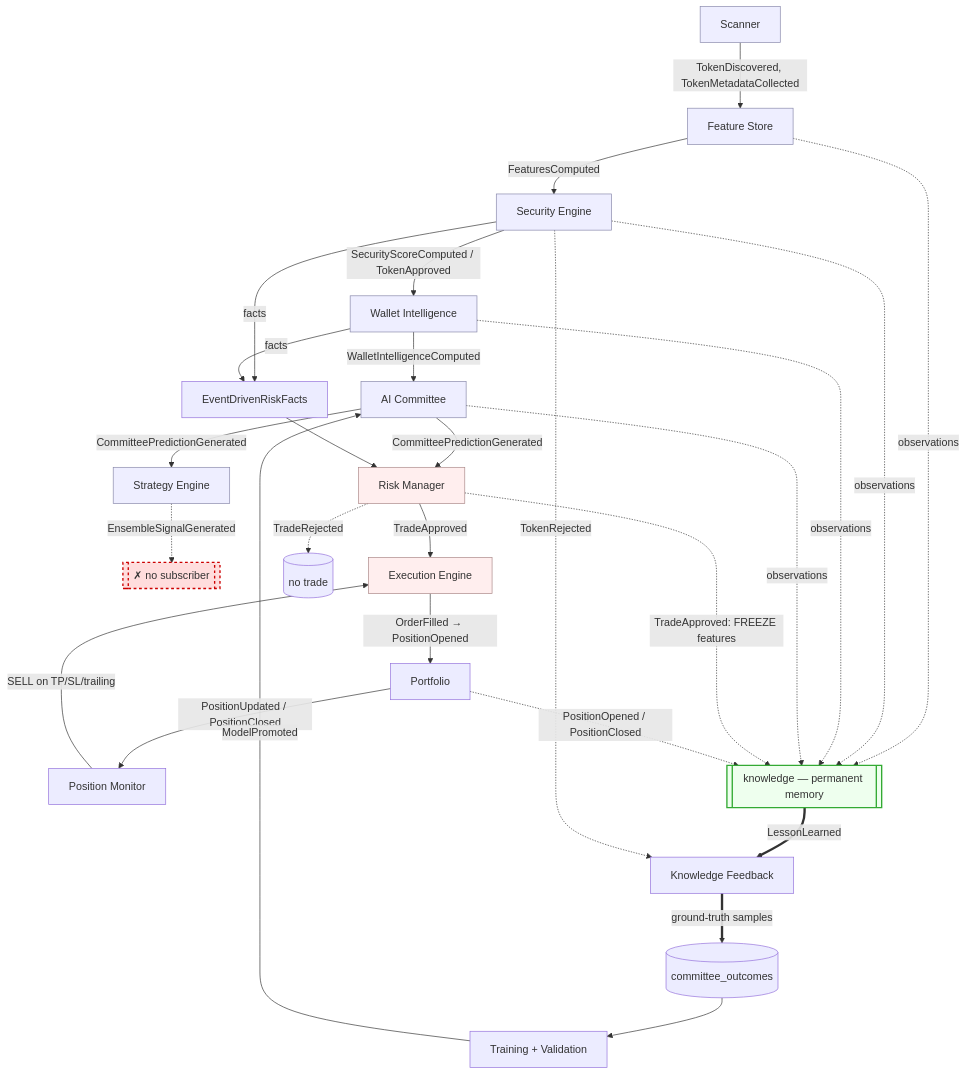
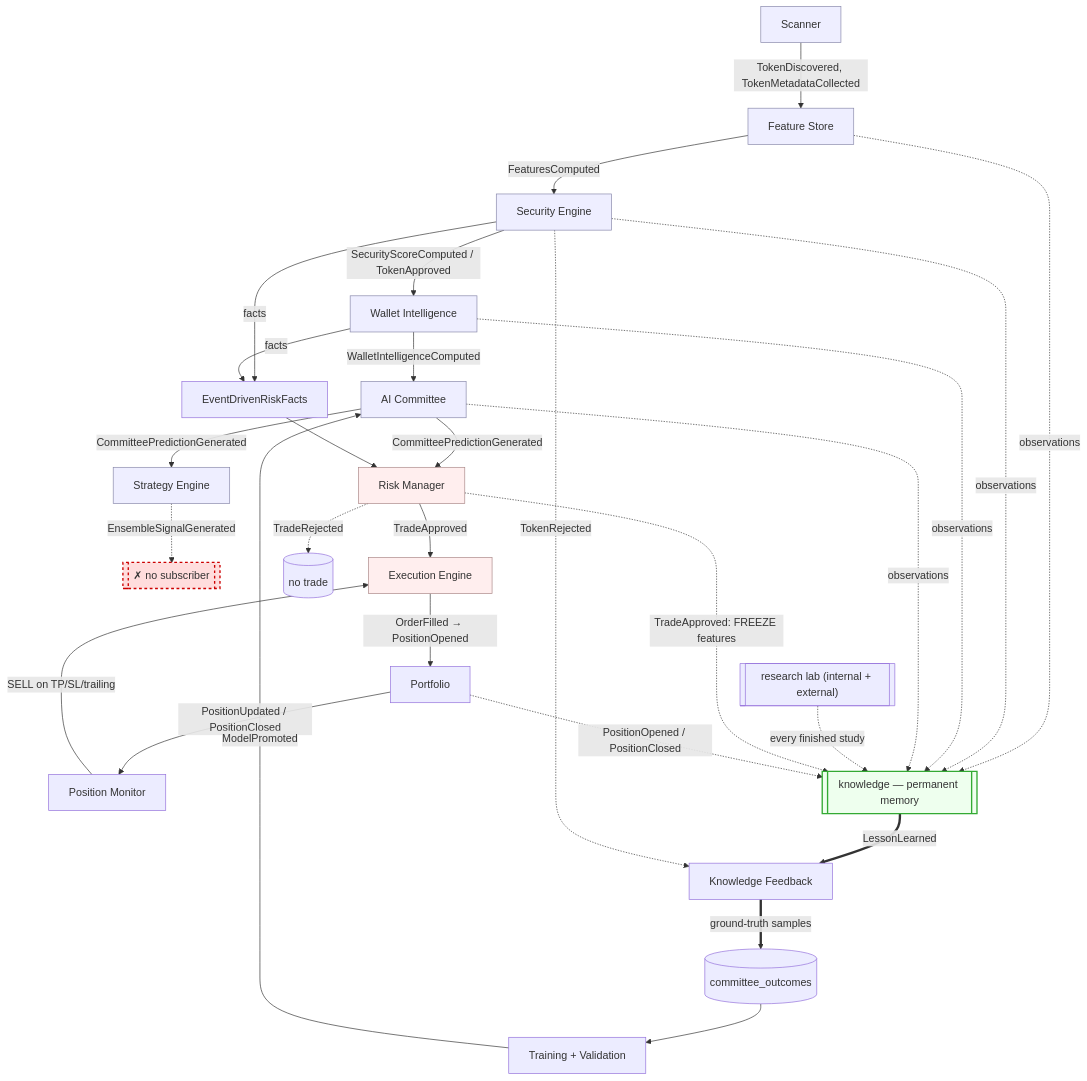
One commit to jlin80/Hades changed the first of 3 diagrams in docs/architecture.md. Above: the diagram before and after it, drawn with Mermaid. The commit also changed other lines of this file and 21 other files, not shown here.

First line of the commit message:
feat(research): make the lab a first-class producer for the Knowledge memory

````diff
--- a/docs/architecture.md
+++ b/docs/architecture.md
@@ -24,33 +24,34 @@
 ```mermaid
 flowchart TD
     SC[Scanner] -->|TokenDiscovered, TokenMetadataCollected| FE[Feature Store]
     FE -->|FeaturesComputed| SE[Security Engine]
     SE -->|SecurityScoreComputed / TokenApproved| WI[Wallet Intelligence]
     WI -->|WalletIntelligenceComputed| AI[AI Committee]
     AI -->|CommitteePredictionGenerated| RK[Risk Manager]
     AI -->|CommitteePredictionGenerated| ST[Strategy Engine]
     ST -.->|EnsembleSignalGenerated| GAP1[["✗ no subscriber"]]:::broken
     RK -->|TradeApproved| EX[Execution Engine]
     RK -.->|TradeRejected| NO[(no trade)]
     EX -->|OrderFilled → PositionOpened| PF[Portfolio]
     PF -->|PositionUpdated / PositionClosed| PM[Position Monitor]
     PM -->|SELL on TP/SL/trailing| EX
 
     SE & WI -->|facts| FC[EventDrivenRiskFacts] --> RK
 
     KN[["knowledge — permanent memory"]]:::memory
     FE & SE & WI & AI -.->|observations| KN
+    RES[["research lab (internal + external)"]] -.->|every finished study| KN
     RK -.->|TradeApproved: FREEZE features| KN
     PF -.->|PositionOpened / PositionClosed| KN
     KN ==>|LessonLearned| KF[Knowledge Feedback]
     KF ==>|ground-truth samples| OS[(committee_outcomes)]
     SE -.->|TokenRejected| KF
     OS --> TR[Training + Validation] -->|ModelPromoted| AI
 
     classDef quantify fill:#eef,stroke:#88a;
     classDef decide fill:#fee,stroke:#a88;
     classDef memory fill:#efe,stroke:#3a3,stroke-width:2px;
     classDef broken fill:#fdd,stroke:#c00,stroke-width:2px,stroke-dasharray: 4 4;
     class SC,FE,SE,WI,AI,ST quantify;
     class RK,EX decide;
 ```
````
